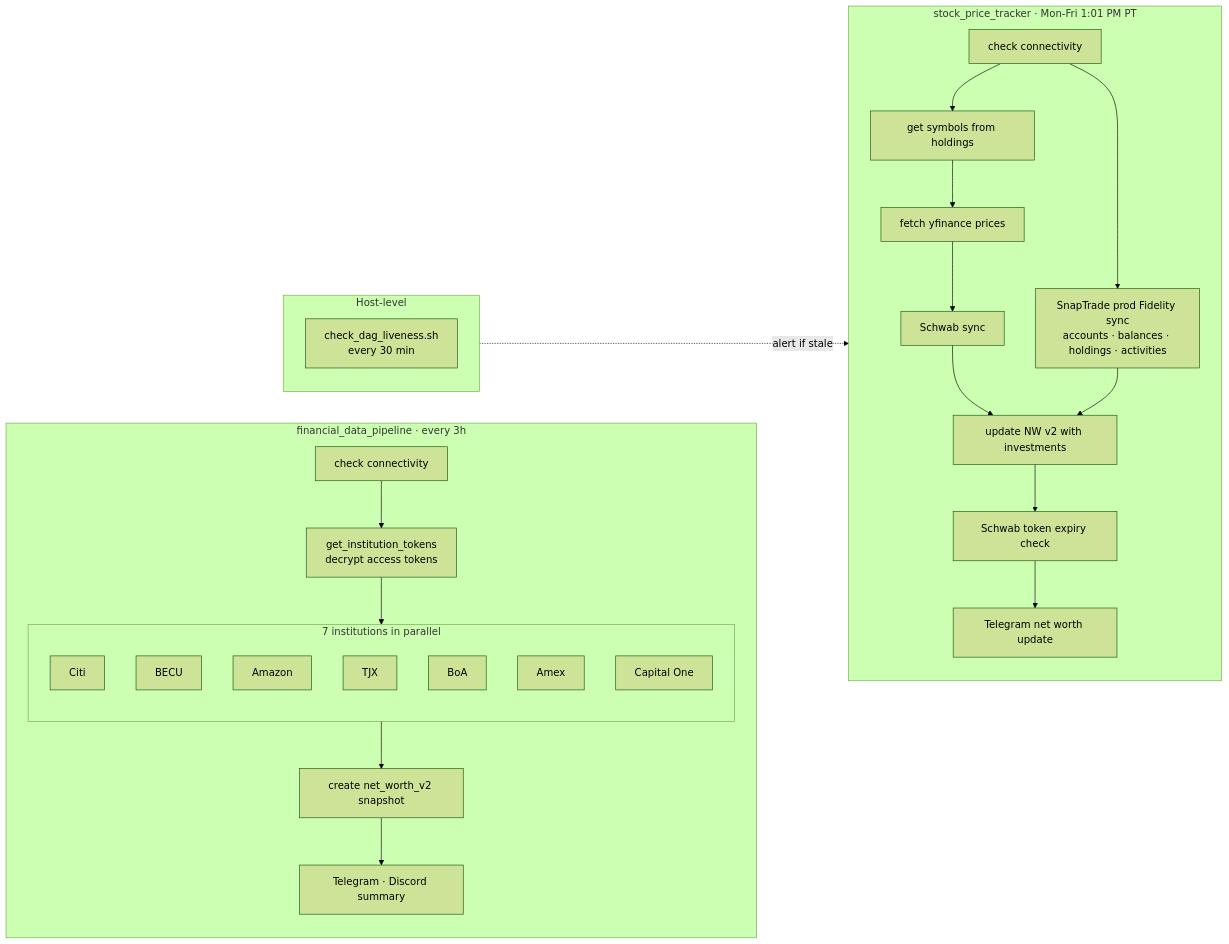
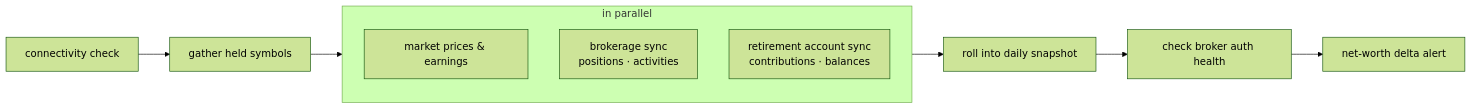
The third of 4 diagrams in README.md (m-dur/docs), drawn with Mermaid (forest theme) before and after one commit. The commit also changed other lines of this file, not shown here.

Commit message:
Generalize README: vendor-neutral diagrams, split data flow, conceptual catalog

````diff
--- a/README.md
+++ b/README.md
@@ -77,44 +78,16 @@
 ```mermaid
 flowchart LR
-    subgraph fd["financial_data_pipeline · every 3h"]
+    CHK["connectivity check"]
+    SYM["gather held symbols"]
+    subgraph PAR["in parallel"]
         direction TB
-        CHK1["check connectivity"]
-        GT["get_institution_tokens<br/>decrypt access tokens"]
-        subgraph par["7 institutions in parallel"]
-            direction TB
-            CITI["Citi"]
-            BECU["BECU"]
-            AMZN["Amazon"]
-            TJX["TJX"]
-            BOFA["BoA"]
-            AMEX["Amex"]
-            CAP1["Capital One"]
-        end
-        NW1["create net_worth_v2 snapshot"]
-        N1["Telegram · Discord summary"]
-        CHK1 --> GT --> par --> NW1 --> N1
+        PRICES["market prices &amp; earnings"]
+        BROKER["brokerage sync<br/>positions · activities"]
+        RET["retirement account sync<br/>contributions · balances"]
     end
+    SNAP["roll into daily snapshot"]
+    TOKEN["check broker auth health"]
+    NOTIF["net-worth delta alert"]
 
-    subgraph sp["stock_price_tracker · Mon-Fri 1:01 PM PT"]
-        direction TB
-        CHK2["check connectivity"]
-        SYM["get symbols from holdings"]
-        PRICES["fetch yfinance prices"]
-        SNAP["SnapTrade prod Fidelity sync<br/>accounts · balances · holdings · activities"]
-        SCH["Schwab sync"]
-        NW2["update NW v2 with investments"]
-        TOKEN["Schwab token expiry check"]
-        N2["Telegram net worth update"]
-        CHK2 --> SYM --> PRICES --> SCH
-        CHK2 --> SNAP
-        SCH --> NW2
-        SNAP --> NW2
-        NW2 --> TOKEN --> N2
-    end
-
-    subgraph host["Host-level"]
-        direction TB
-        CRON["check_dag_liveness.sh<br/>every 30 min"]
-        CRON -. alert if stale .-> N2
-    end
+    CHK --> SYM --> PAR --> SNAP --> TOKEN --> NOTIF
 ```
````
